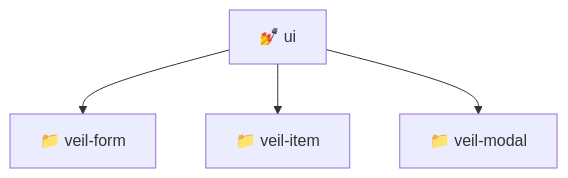
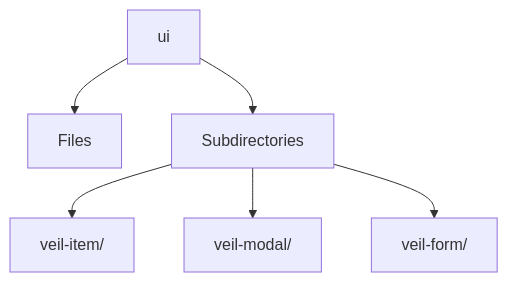
One commit to beginwebdev2002/fullstack-mavluda changed the diagram in frontend/src/pages/veil/ui/README.md. Above: the diagram before and after it, drawn with Mermaid. The commit also changed other lines of this file and 167 other files, not shown here.

````diff
--- a/frontend/src/pages/veil/ui/README.md
+++ b/frontend/src/pages/veil/ui/README.md
@@ -11,7 +14,8 @@
 ```mermaid
 graph TD
-  ui["💅 ui"]
-  ui --> veil_form["📁 veil-form"]
-  ui --> veil_item["📁 veil-item"]
-  ui --> veil_modal["📁 veil-modal"]
+  ui --> Files
+  ui --> Subdirectories
+  Subdirectories --> veil_item[veil-item/]
+  Subdirectories --> veil_modal[veil-modal/]
+  Subdirectories --> veil_form[veil-form/]
 ```
````
